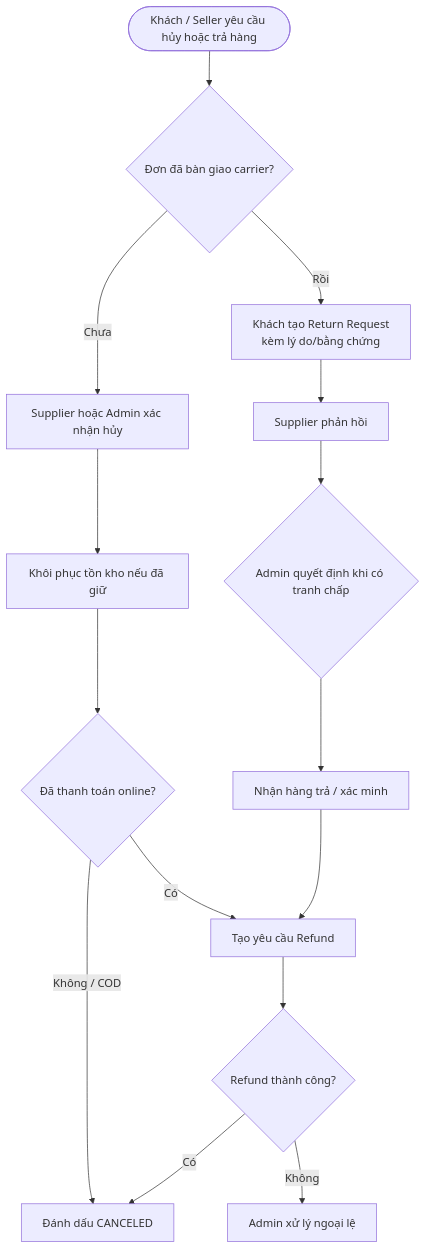
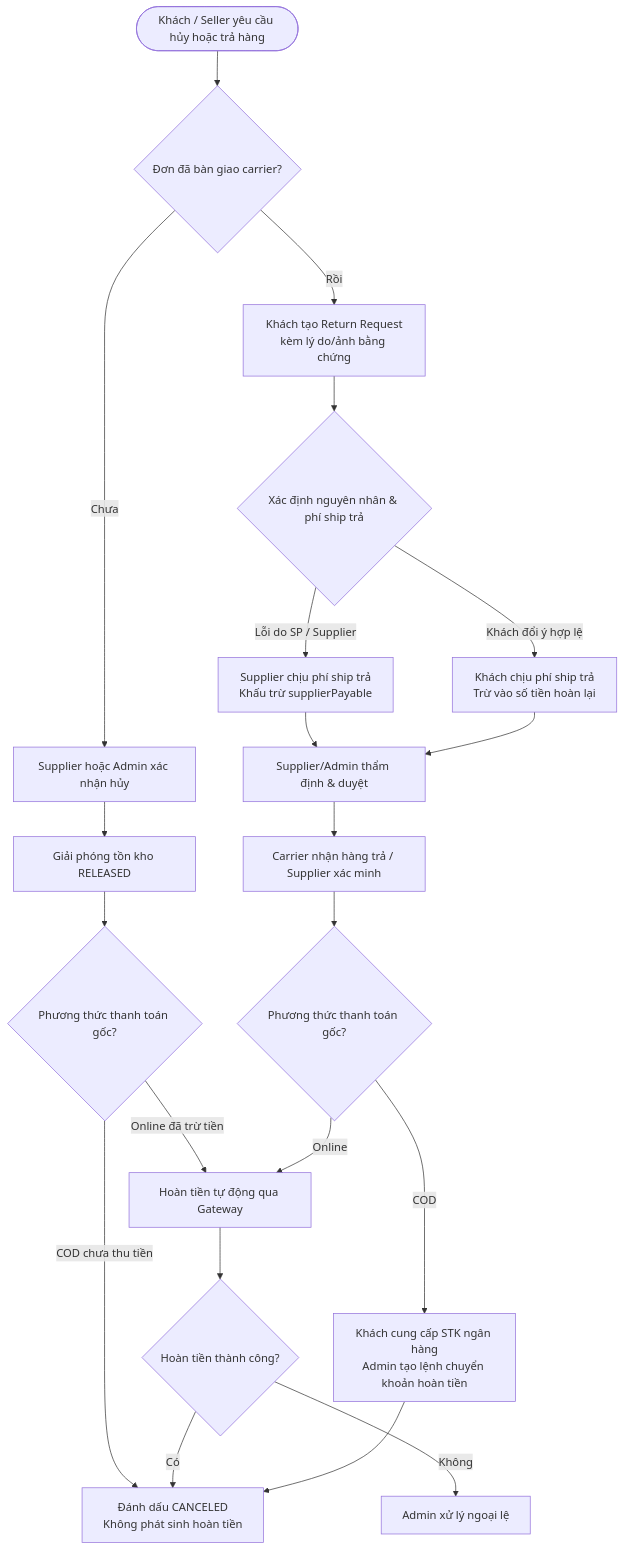
Before and after one commit to NguyenVoLyDo/Project-XD-and-PTPM: the third of 4 diagrams in docs/02-workflows.md, drawn with Mermaid. The commit also changed other lines of this file and 3 other files, not shown here.

Commit message:
docs: update workflows for cost price change, stock reservation timingm, and COD return handling

````diff
--- a/docs/02-workflows.md
+++ b/docs/02-workflows.md
@@ -56,17 +78,22 @@
 ```mermaid
 flowchart TD
   A([Khách / Seller yêu cầu hủy hoặc trả hàng]) --> B{Đơn đã bàn giao carrier?}
   B -- Chưa --> C[Supplier hoặc Admin xác nhận hủy]
-  C --> D[Khôi phục tồn kho nếu đã giữ]
-  D --> E{Đã thanh toán online?}
-  E -- Có --> F[Tạo yêu cầu Refund]
-  E -- Không / COD --> G[Đánh dấu CANCELED]
-  F --> H{Refund thành công?}
+  C --> D[Giải phóng tồn kho RELEASED]
+  D --> E{Phương thức thanh toán gốc?}
+  E -- Online đã trừ tiền --> F[Hoàn tiền tự động qua Gateway]
+  E -- COD chưa thu tiền --> G[Đánh dấu CANCELED\nKhông phát sinh hoàn tiền]
+  F --> H{Hoàn tiền thành công?}
   H -- Có --> G
   H -- Không --> I[Admin xử lý ngoại lệ]
-  B -- Rồi --> J[Khách tạo Return Request\nkèm lý do/bằng chứng]
-  J --> K[Supplier phản hồi]
-  K --> L{Admin quyết định khi có tranh chấp}
-  L --> M[Nhận hàng trả / xác minh]
-  M --> F
+  B -- Rồi --> J[Khách tạo Return Request\nkèm lý do/ảnh bằng chứng]
+  J --> K{Xác định nguyên nhân & phí ship trả}
+  K -- Lỗi do SP / Supplier --> K1[Supplier chịu phí ship trả\nKhấu trừ supplierPayable]
+  K -- Khách đổi ý hợp lệ --> K2[Khách chịu phí ship trả\nTrừ vào số tiền hoàn lại]
+  K1 & K2 --> L[Supplier/Admin thẩm định & duyệt]
+  L --> M[Carrier nhận hàng trả / Supplier xác minh]
+  M --> REF{Phương thức thanh toán gốc?}
+  REF -- Online --> F
+  REF -- COD --> N[Khách cung cấp STK ngân hàng\nAdmin tạo lệnh chuyển khoản hoàn tiền]
+  N --> G
 ```
````
